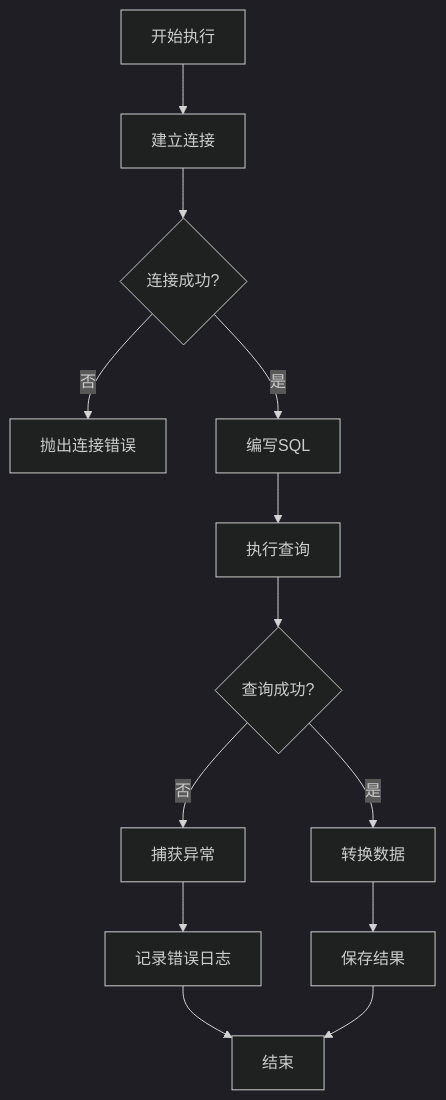
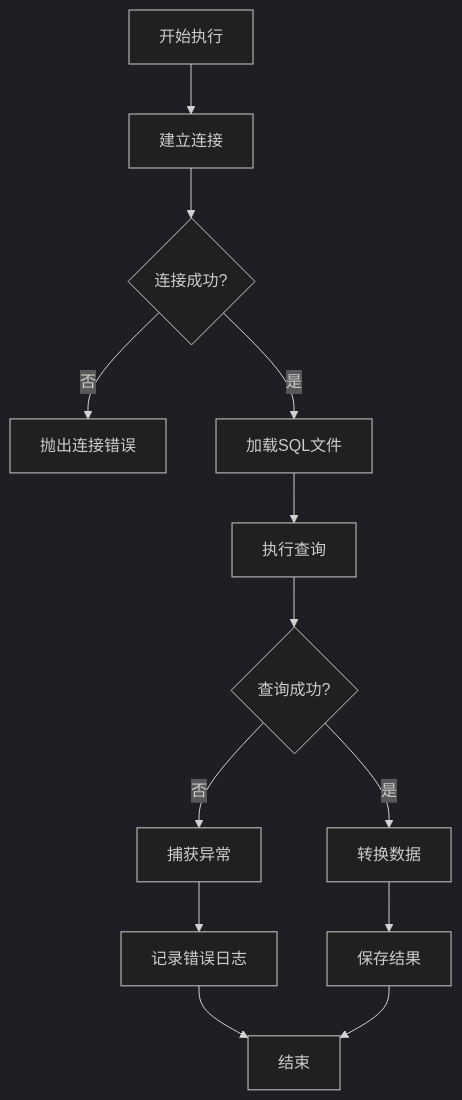
One commit to sd99886/test changed the sixth of 10 diagrams in .qoder/repowiki/zh/content/Notebook使用指南.md. Above: the diagram before and after it, drawn with Mermaid (dark theme). The commit also changed other lines of this file and 195 other files, not shown here.

````diff
--- a/.qoder/repowiki/zh/content/Notebook使用指南.md
+++ b/.qoder/repowiki/zh/content/Notebook使用指南.md
@@ -223,15 +269,15 @@
 ```mermaid
 flowchart TD
 A[开始执行] --> B[建立连接]
 B --> C{连接成功?}
 C --> |否| D[抛出连接错误]
-C --> |是| E[编写SQL]
+C --> |是| E[加载SQL文件]
 E --> F[执行查询]
 F --> G{查询成功?}
 G --> |否| H[捕获异常]
 G --> |是| I[转换数据]
 H --> J[记录错误日志]
 I --> K[保存结果]
 J --> L[结束]
 K --> L
 ```
````
